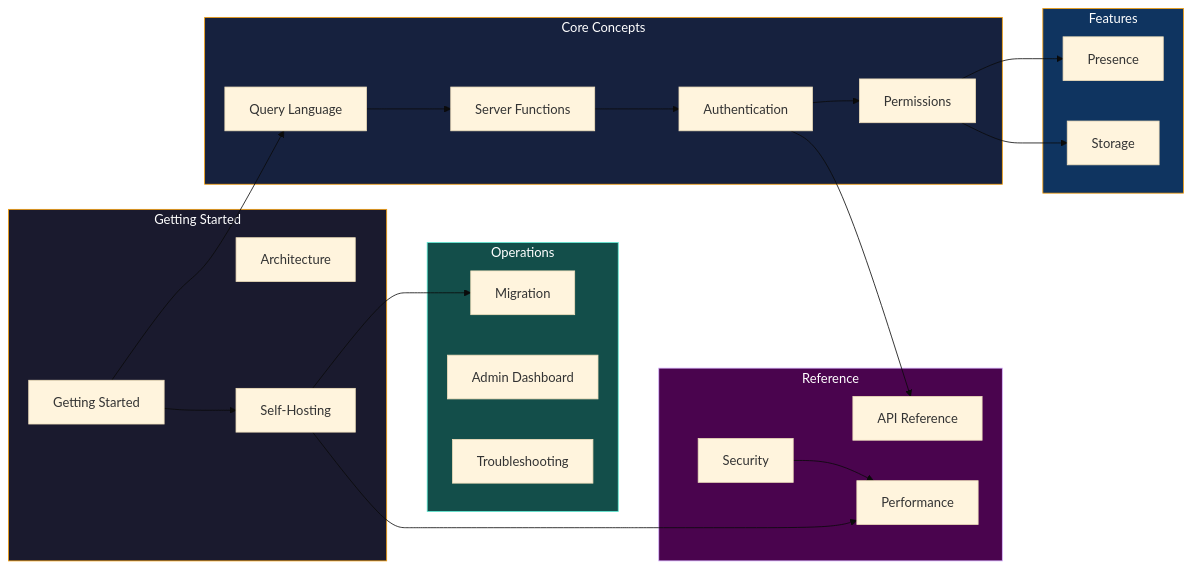
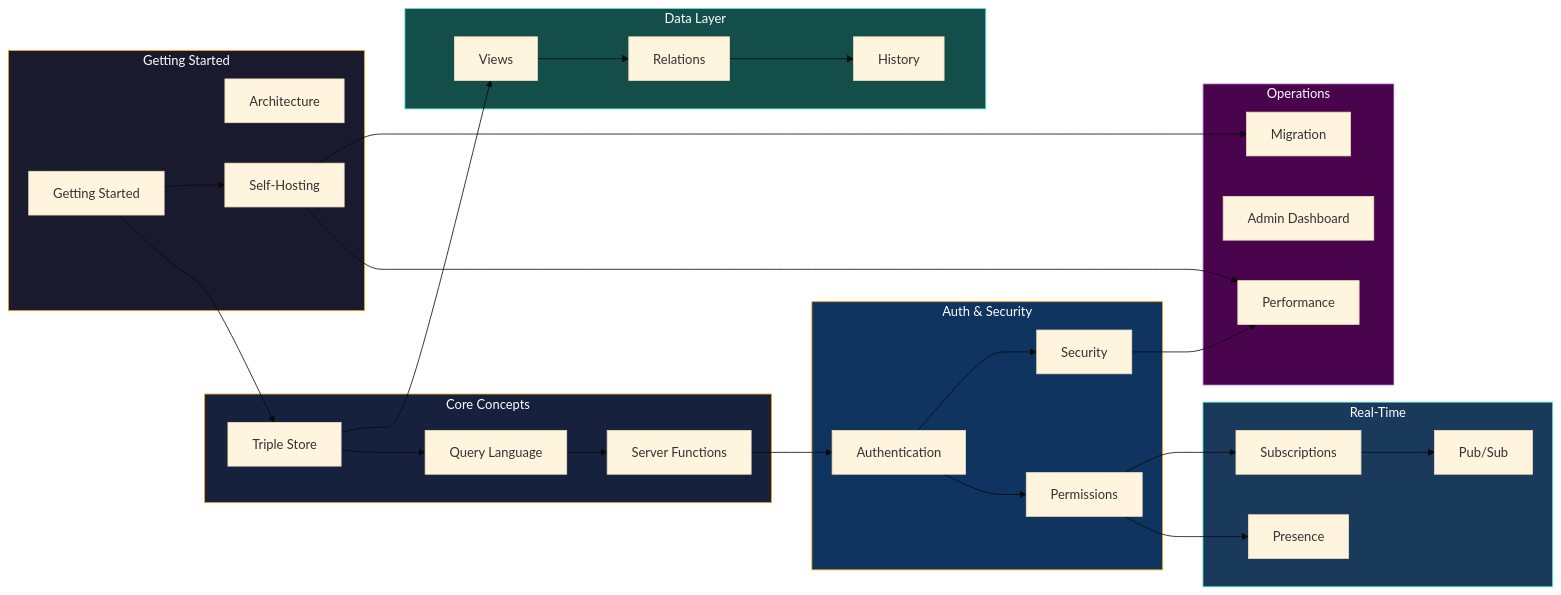
One commit to darshjme/darshjdb changed the diagram in docs/README.md. Above: the diagram before and after it, drawn with Mermaid (base theme). The commit also changed other lines of this file and 26 other files, not shown here.

````diff
--- a/docs/README.md
+++ b/docs/README.md
@@ -92,50 +314,62 @@
 ```mermaid
 graph LR
     subgraph Start["Getting Started"]
         GS[Getting Started]
         ARCH[Architecture]
         SH[Self-Hosting]
     end
 
     subgraph Core["Core Concepts"]
+        TS[Triple Store]
         QL[Query Language]
         SF[Server Functions]
+    end
+
+    subgraph Auth["Auth & Security"]
         AUTH[Authentication]
         PERM[Permissions]
+        SEC[Security]
     end
 
-    subgraph Features["Features"]
+    subgraph RT["Real-Time"]
+        SUB[Subscriptions]
         PRES[Presence]
-        STOR[Storage]
+        PS[Pub/Sub]
+    end
+
+    subgraph Data["Data Layer"]
+        VIEWS[Views]
+        REL[Relations]
+        HIST[History]
     end
 
     subgraph Ops["Operations"]
         MIG[Migration]
         ADMIN[Admin Dashboard]
-        TROUBLE[Troubleshooting]
-    end
-
-    subgraph Ref["Reference"]
-        API[API Reference]
-        SEC[Security]
         PERF[Performance]
     end
 
-    GS --> QL
+    GS --> TS
     GS --> SH
+    TS --> QL
     QL --> SF
     SF --> AUTH
     AUTH --> PERM
+    PERM --> SUB
     PERM --> PRES
-    PERM --> STOR
+    SUB --> PS
+    TS --> VIEWS
+    VIEWS --> REL
+    REL --> HIST
     SH --> MIG
     SH --> PERF
-    AUTH --> API
+    AUTH --> SEC
     SEC --> PERF
 
     style Start fill:#1a1a2e,stroke:#F59E0B,color:#fff
     style Core fill:#16213e,stroke:#F59E0B,color:#fff
-    style Features fill:#0f3460,stroke:#F59E0B,color:#fff
-    style Ops fill:#134e4a,stroke:#5eead4,color:#fff
-    style Ref fill:#4a044e,stroke:#d8b4fe,color:#fff
+    style Auth fill:#0f3460,stroke:#F59E0B,color:#fff
+    style RT fill:#1a3a5c,stroke:#5eead4,color:#fff
+    style Data fill:#134e4a,stroke:#5eead4,color:#fff
+    style Ops fill:#4a044e,stroke:#d8b4fe,color:#fff
 ```
````
